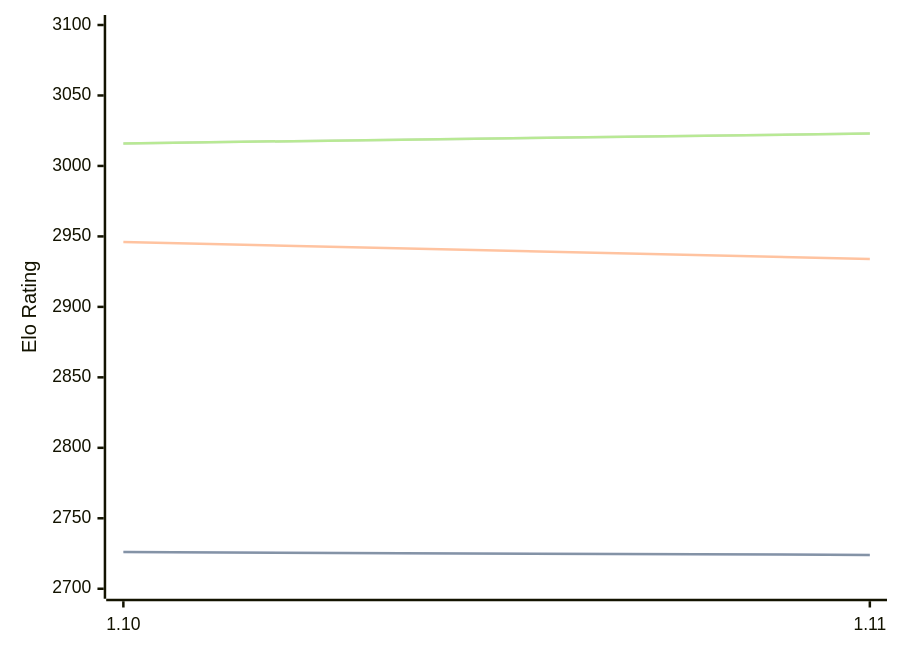
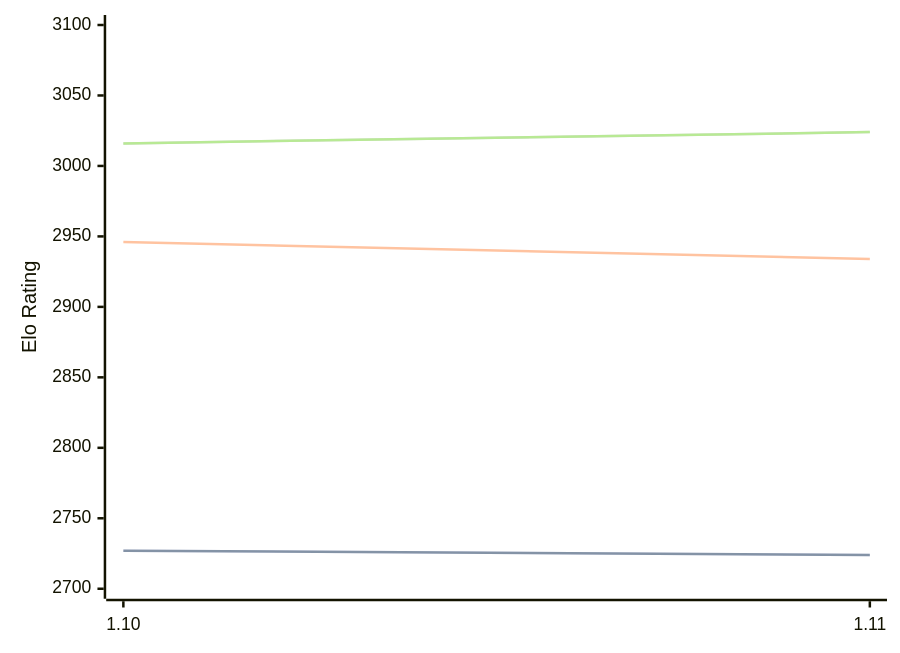
One commit to computer-chess-index/cci changed the diagram in engines/Roc.md. Above: the diagram before and after it, drawn with Mermaid. The commit also changed other lines of this file, not shown here.

Commit message:
Update CCI Ratings (ELO VLTC) - 2026-08-15

````diff
--- a/engines/Roc.md
+++ b/engines/Roc.md
@@ -54,11 +54,11 @@
 ```mermaid
 %%{init: {"theme":"base","themeVariables":{"seriesColors:['#a3a3a3','#222221','#faa371']}}}%%
 xychart-beta
   x-axis ["1.10", "1.11"]
   y-axis "Elo Rating" 2700 --> 3100
-  line "STC (8.0+0.08s)" [2726, 2724]
-  line "STC (8.0+0.08s)" [2726, 2724]
+  line "STC (8.0+0.08s)" [2727, 2724]
+  line "STC (8.0+0.08s)" [2727, 2724]
   line "LTC (60.0+0.60s)" [2946, 2934]
-  line "VLTC (2m24s+1.12s)" [3016, 3023]
-  line "VLTC (2m24s+1.12s)" [3016, 3023]
+  line "VLTC (2m24s+1.12s)" [3016, 3024]
+  line "VLTC (2m24s+1.12s)" [3016, 3024]
 ```
````
